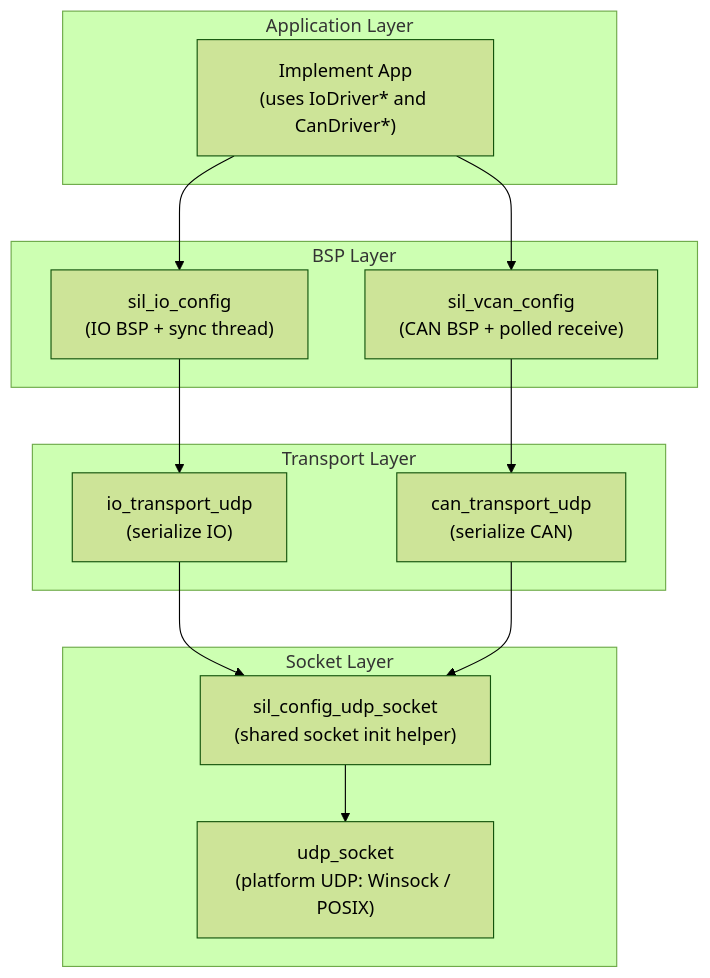
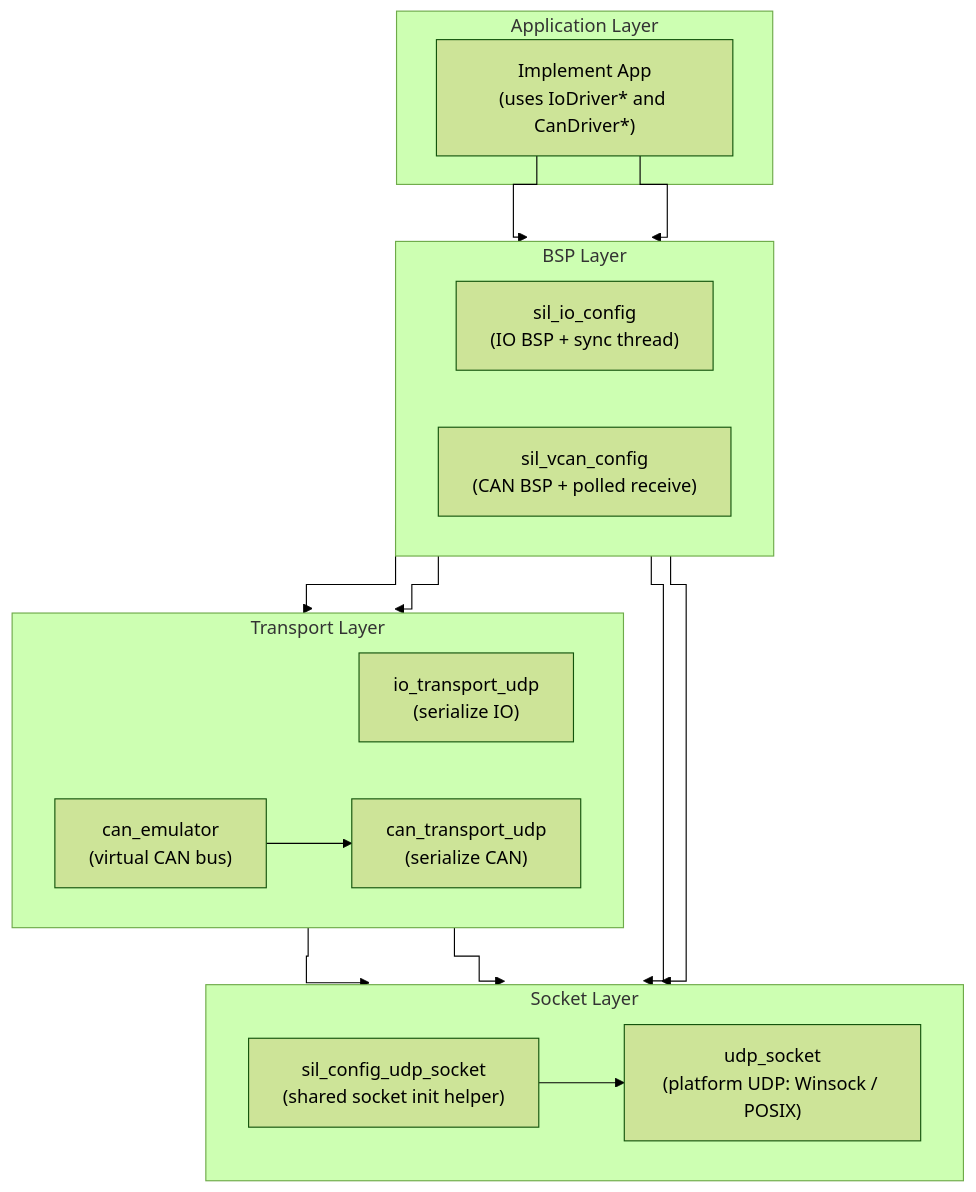
Before and after one commit to ef12/SIL: the second of 3 diagrams in sil_lib/SDD_sil_lib.md, drawn with Mermaid (forest theme). The commit also changed other lines of this file, not shown here.

````diff
--- a/sil_lib/SDD_sil_lib.md
+++ b/sil_lib/SDD_sil_lib.md
@@ -227,29 +247,41 @@
 ```mermaid
+---
+config:
+  flowchart:
+    curve: stepBefore
+---
 flowchart TB
   subgraph App["Application Layer"]
     APP["Implement App\n(uses IoDriver* and CanDriver*)"]
   end
 
   subgraph BSP["BSP Layer"]
+    direction LR
     SIL_IO["sil_io_config\n(IO BSP + sync thread)"]
     SIL_CAN["sil_vcan_config\n(CAN BSP + polled receive)"]
   end
 
   subgraph Transport["Transport Layer"]
+    direction LR
     IO_T["io_transport_udp\n(serialize IO)"]
+    CANEMU["can_emulator\n(virtual CAN bus)"]
     CAN_T["can_transport_udp\n(serialize CAN)"]
   end
 
   subgraph Socket["Socket Layer"]
+    direction LR
     HELPER["sil_config_udp_socket\n(shared socket init helper)"]
     UDP["udp_socket\n(platform UDP: Winsock / POSIX)"]
   end
 
   APP --> SIL_IO
   APP --> SIL_CAN
   SIL_IO --> IO_T
-  SIL_CAN --> CAN_T
-  IO_T --> HELPER
-  CAN_T --> HELPER
+  SIL_IO --> HELPER
+  SIL_CAN --> CANEMU
+  SIL_CAN --> HELPER
+  CANEMU --> CAN_T
+  IO_T --> UDP
+  CAN_T --> UDP
   HELPER --> UDP
 ```
````
